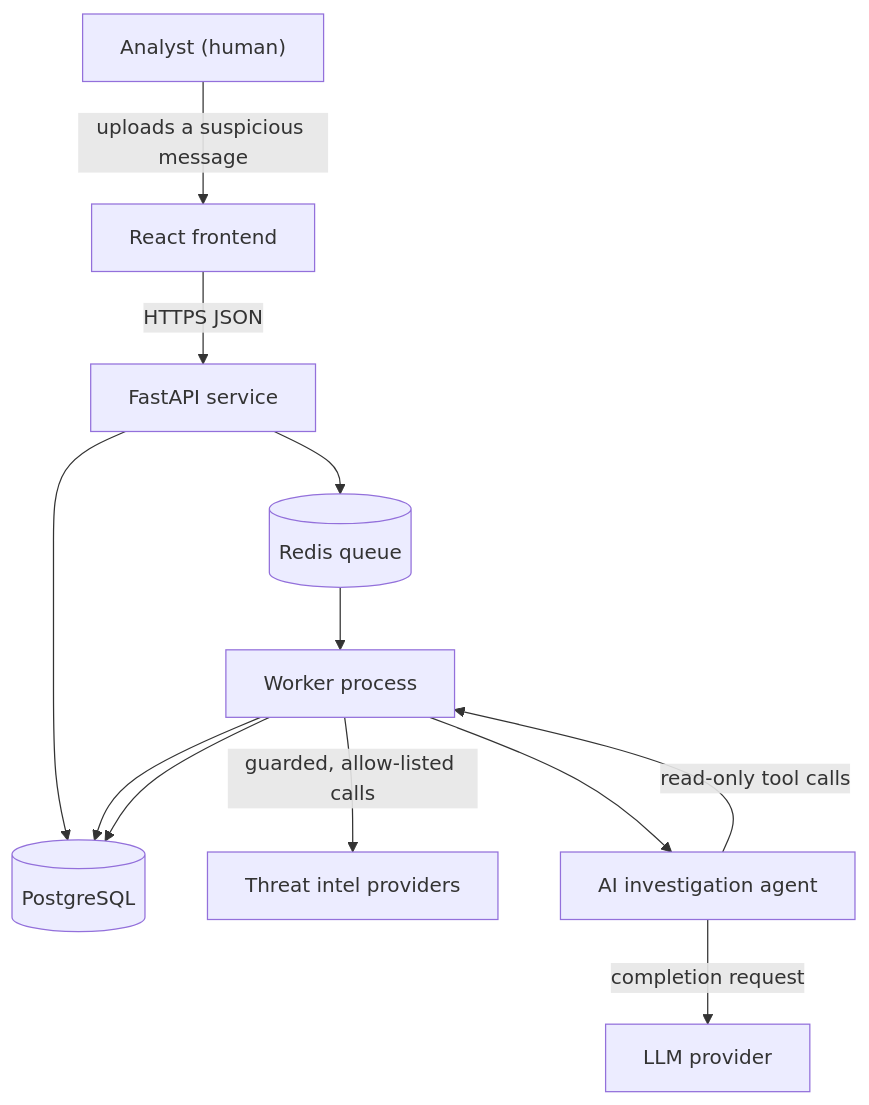
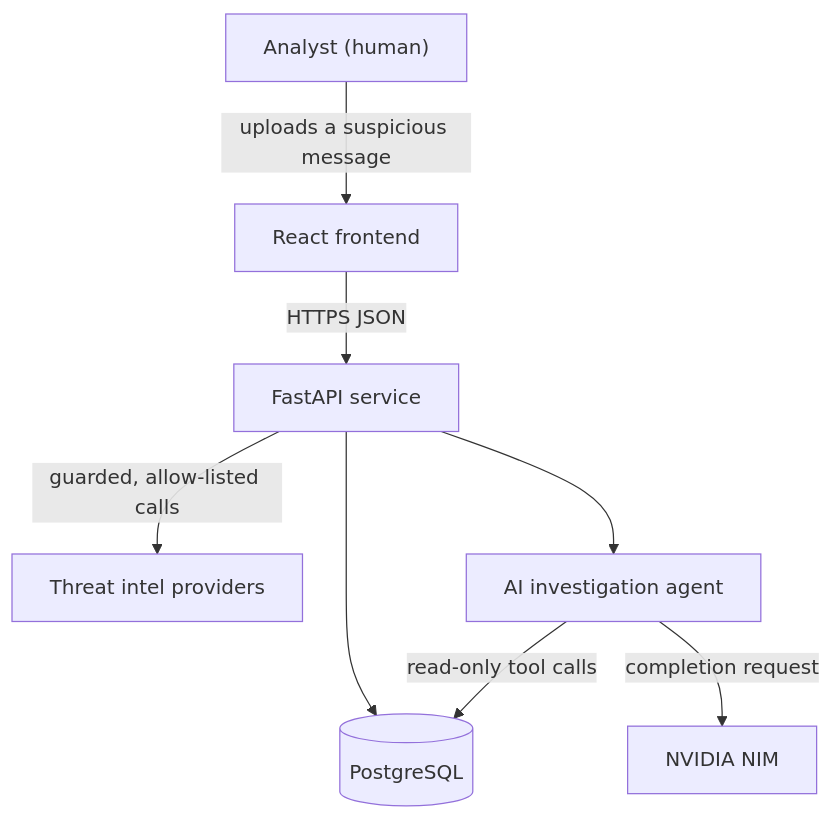
One commit to Kaizoku47/phishguard changed the diagram in docs/ARCHITECTURE.md. Above: the diagram before and after it, drawn with Mermaid. The commit also changed other lines of this file and 21 other files, not shown here.

Commit message:
feat(analysis): implement supplementary NVIDIA NIM investigation agent

````diff
--- a/docs/ARCHITECTURE.md
+++ b/docs/ARCHITECTURE.md
@@ -45,14 +45,10 @@
 ```mermaid
 flowchart TB
   Analyst["Analyst (human)"] -->|"uploads a suspicious message"| UI["React frontend"]
   UI -->|"HTTPS JSON"| API["FastAPI service"]
   API --> DB[("PostgreSQL")]
-  API --> Q[("Redis queue")]
-  Q --> Worker["Worker process"]
-  Worker --> DB
-  Worker -->|"guarded, allow-listed calls"| Intel["Threat intel providers"]
-  Worker --> Agent["AI investigation agent"]
-  Agent -->|"read-only tool calls"| Worker
-  Agent -->|"completion request"| LLM["LLM provider"]
-  Worker --> DB
+  API -->|"guarded, allow-listed calls"| Intel["Threat intel providers"]
+  API --> Agent["AI investigation agent"]
+  Agent -->|"read-only tool calls"| DB
+  Agent -->|"completion request"| LLM["NVIDIA NIM"]
 ```
````
